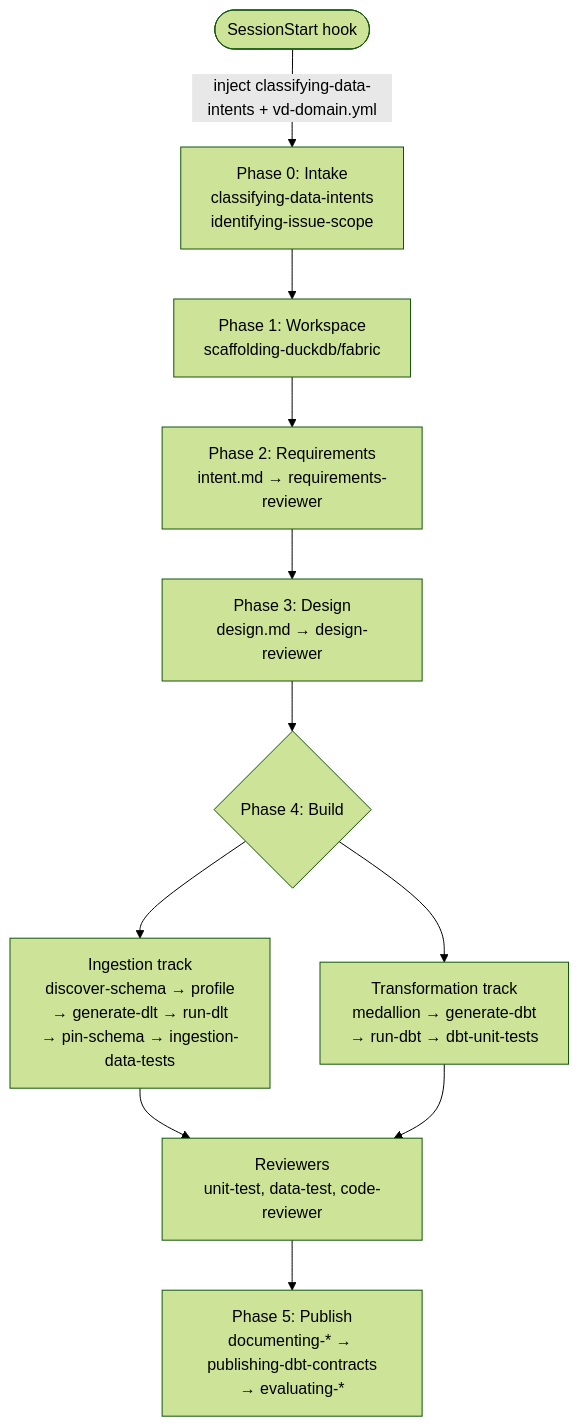
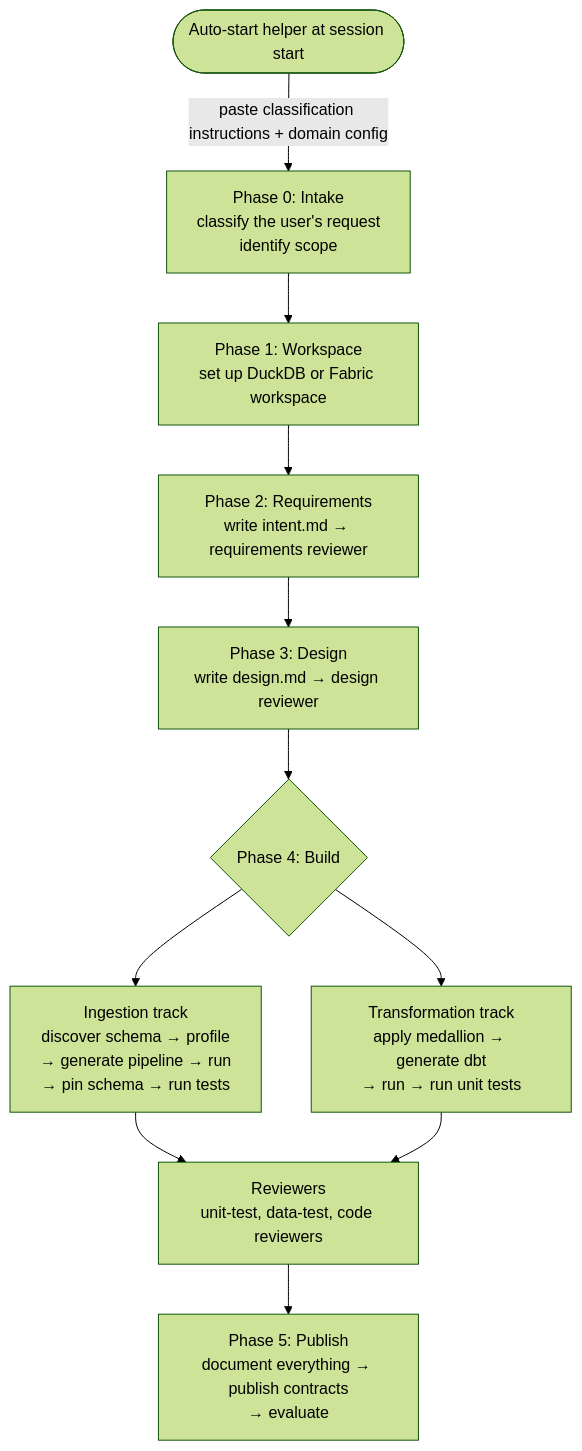
Before and after one commit to duc-accelerate-data/dlt-playground: the first of 3 diagrams in docs/may_21_plugin_analysis/04-diagrams.md, drawn with Mermaid (forest theme). The commit also changed other lines of this file and 8 other files, not shown here.

````diff
--- a/docs/may_21_plugin_analysis/04-diagrams.md
+++ b/docs/may_21_plugin_analysis/04-diagrams.md
@@ -5,20 +5,20 @@
 ```mermaid
 flowchart TD
-    Hook([SessionStart hook])
-    Hook -->|inject classifying-data-intents + vd-domain.yml| P0
+    Hook([Auto-start helper at session start])
+    Hook -->|paste classification instructions + domain config| P0
 
-    P0[Phase 0: Intake<br/>classifying-data-intents<br/>identifying-issue-scope]
-    P1[Phase 1: Workspace<br/>scaffolding-duckdb/fabric]
-    P2[Phase 2: Requirements<br/>intent.md → requirements-reviewer]
-    P3[Phase 3: Design<br/>design.md → design-reviewer]
+    P0[Phase 0: Intake<br/>classify the user's request<br/>identify scope]
+    P1[Phase 1: Workspace<br/>set up DuckDB or Fabric workspace]
+    P2[Phase 2: Requirements<br/>write intent.md → requirements reviewer]
+    P3[Phase 3: Design<br/>write design.md → design reviewer]
     P4{Phase 4: Build}
-    P4a[Ingestion track<br/>discover-schema → profile<br/>→ generate-dlt → run-dlt<br/>→ pin-schema → ingestion-data-tests]
-    P4b[Transformation track<br/>medallion → generate-dbt<br/>→ run-dbt → dbt-unit-tests]
-    P4c[Reviewers<br/>unit-test, data-test, code-reviewer]
-    P5[Phase 5: Publish<br/>documenting-* → publishing-dbt-contracts<br/>→ evaluating-*]
+    P4a[Ingestion track<br/>discover schema → profile<br/>→ generate pipeline → run<br/>→ pin schema → run tests]
+    P4b[Transformation track<br/>apply medallion → generate dbt<br/>→ run → run unit tests]
+    P4c[Reviewers<br/>unit-test, data-test, code reviewers]
+    P5[Phase 5: Publish<br/>document everything → publish contracts<br/>→ evaluate]
 
     P0 --> P1 --> P2 --> P3 --> P4
     P4 --> P4a --> P4c
     P4 --> P4b --> P4c
     P4c --> P5
 ```
````
